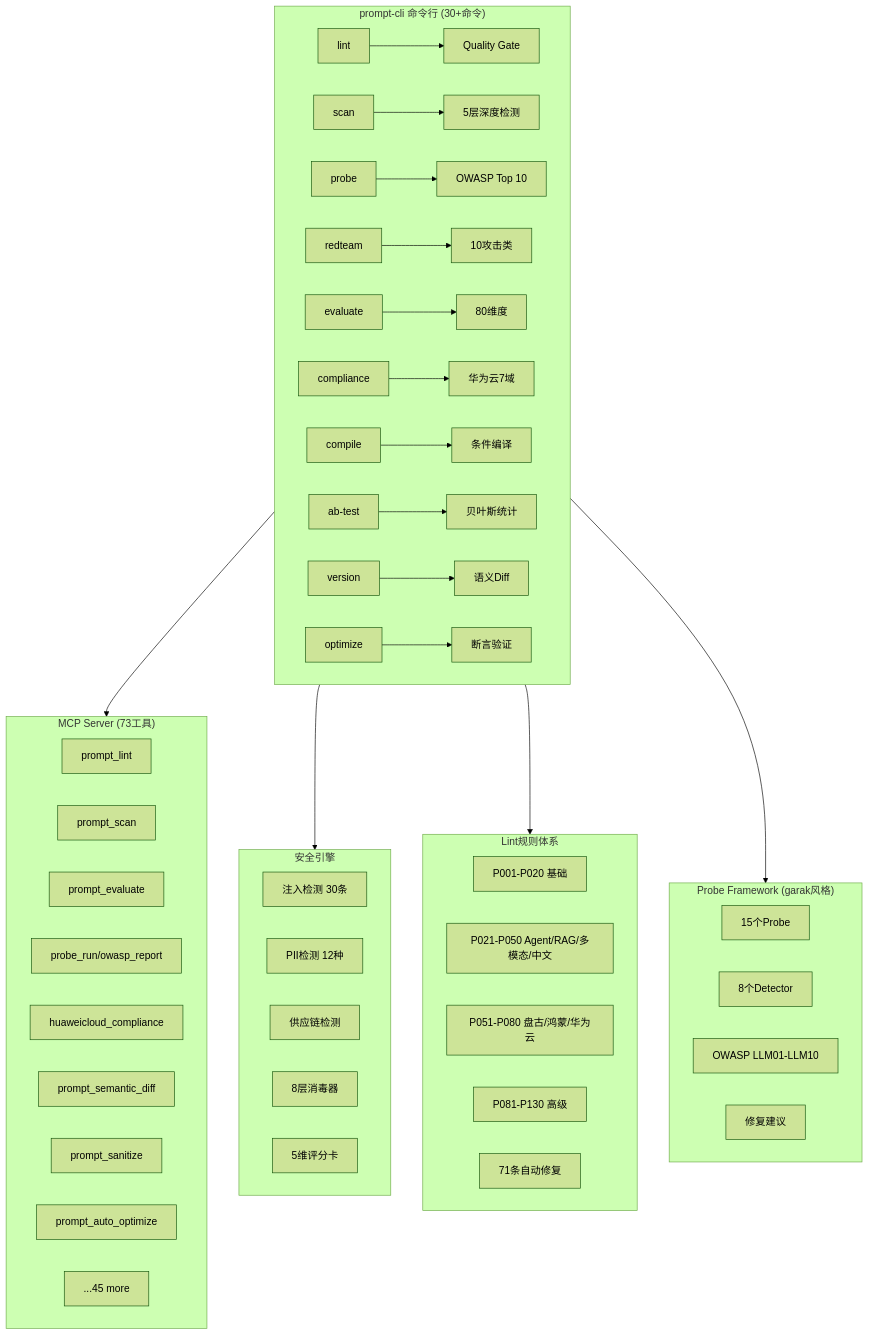
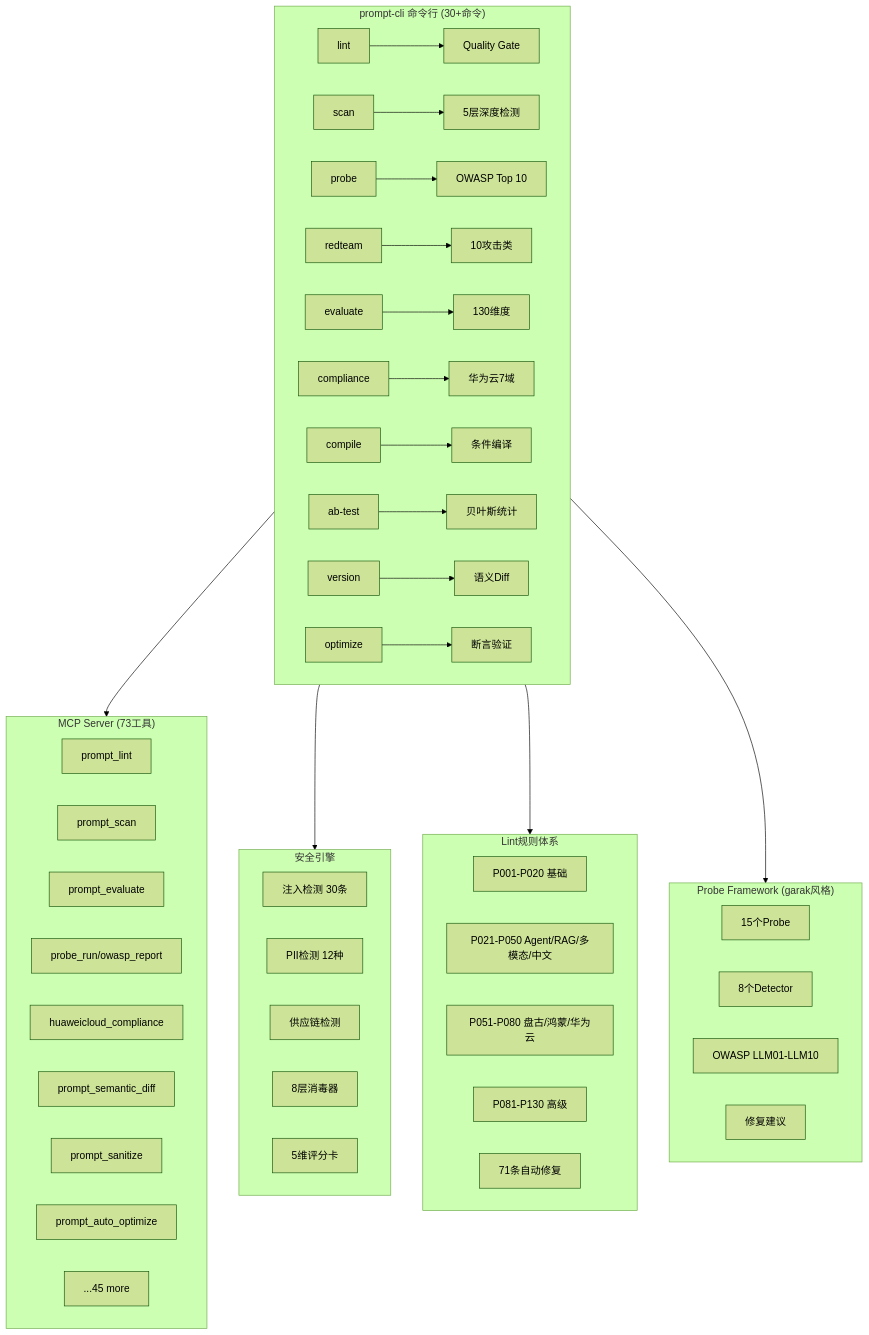
Before and after one commit to wqbcs/ai-prompt-toolkit: the second of 2 diagrams in README.md, drawn with Mermaid (forest theme). The commit also changed other lines of this file, not shown here.

````diff
--- a/README.md
+++ b/README.md
@@ -426,55 +426,55 @@
 ```mermaid
 graph TB
     subgraph CLI["prompt-cli 命令行 (30+命令)"]
         LINT[lint] --> GATE[Quality Gate]
         SCAN[scan] --> DEPTH[5层深度检测]
         PROBE[probe] --> OWASP[OWASP Top 10]
         REDTEAM[redteam] --> ATTACK[10攻击类]
-        EVAL[evaluate] --> DIMS[80维度]
+        EVAL[evaluate] --> DIMS[130维度]
         COMPLIANCE[compliance] --> HC[华为云7域]
         COMPILE[compile] --> CMP[条件编译]
         AB[ab-test] --> BAYES[贝叶斯统计]
         VERSION[version] --> SDIFF[语义Diff]
         OPTIMIZE[optimize] --> ASSERT[断言验证]
     end
 
     subgraph MCP["MCP Server (73工具)"]
         MCP_LINT[prompt_lint]
         MCP_SCAN[prompt_scan]
         MCP_EVAL[prompt_evaluate]
         MCP_PROBE[probe_run/owasp_report]
         MCP_COMPLIANCE[huaweicloud_compliance]
         MCP_DIFF[prompt_semantic_diff]
         MCP_SANITIZE[prompt_sanitize]
         MCP_OPTIMIZE[prompt_auto_optimize]
         MCP_MORE[...45 more]
     end
 
     subgraph SECURITY["安全引擎"]
         INJ[注入检测 30条]
         PII[PII检测 12种]
         SUPPLY[供应链检测]
         SANITIZE[8层消毒器]
         SCORECARD[5维评分卡]
     end
 
     subgraph RULES["Lint规则体系"]
         R1[P001-P020 基础]
         R2[P021-P050 Agent/RAG/多模态/中文]
         R3[P051-P080 盘古/鸿蒙/华为云]
         R4[P081-P130 高级]
         FIXER[71条自动修复]
     end
 
     subgraph PROBES["Probe Framework (garak风格)"]
         P_15[15个Probe]
         D_8[8个Detector]
         OWASP_MAP[OWASP LLM01-LLM10]
         REMEDIATION[修复建议]
     end
 
     CLI --> MCP
     CLI --> SECURITY
     CLI --> RULES
     CLI --> PROBES
 ```
````
